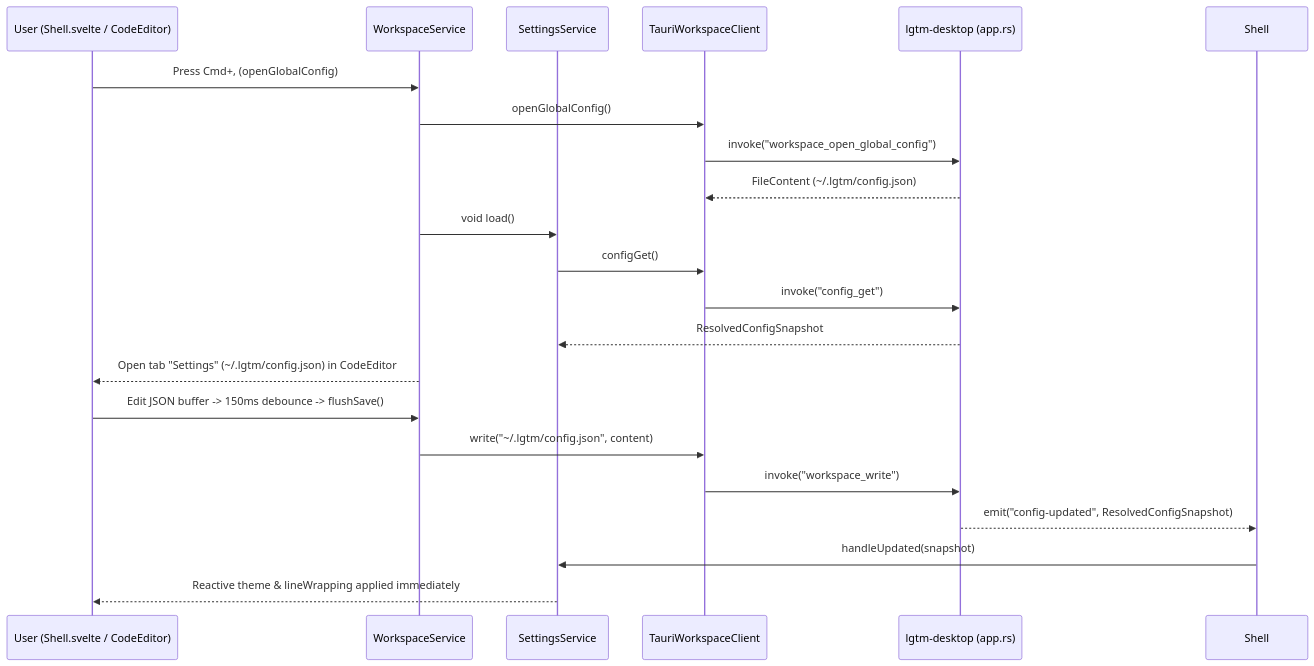
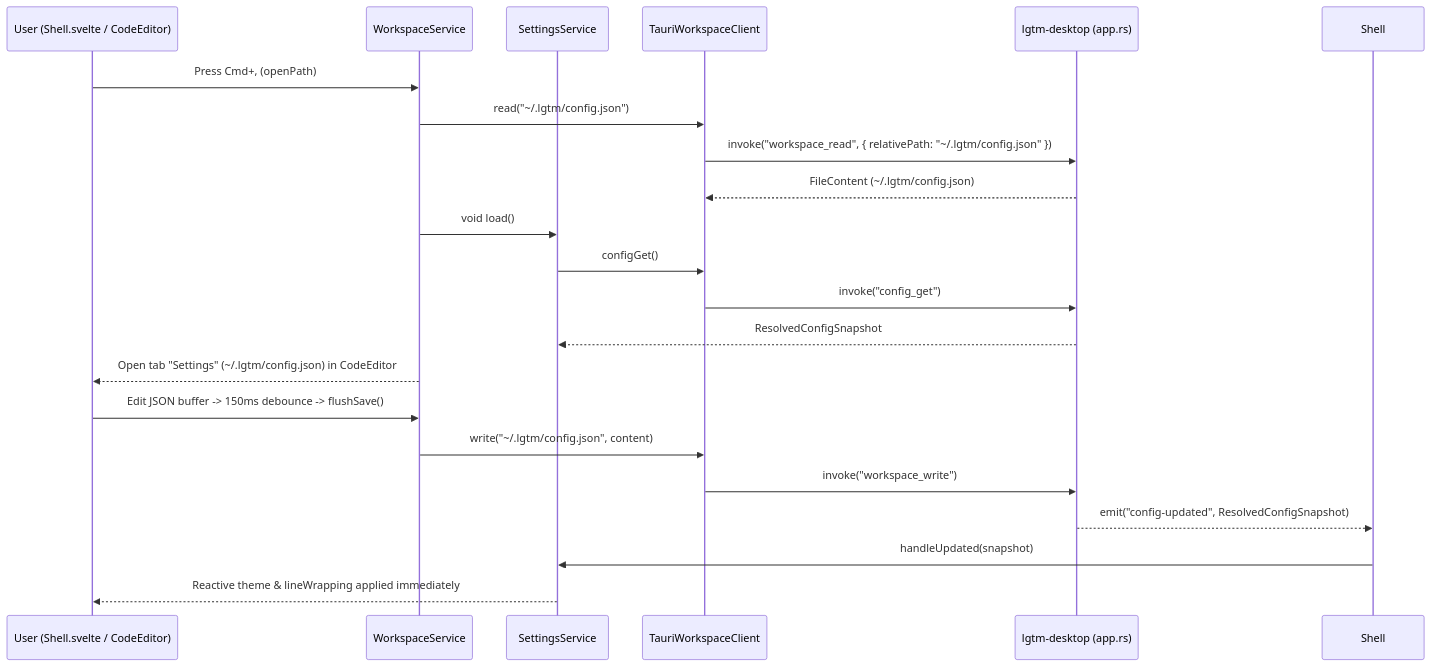
The second of 3 diagrams in docs/architecture/web/index.md (difflab-io/lgtm), drawn with Mermaid before and after one commit. The commit also changed other lines of this file and 10 other files, not shown here.

Commit message:
refactor(desktop): rename FileOpened event and call workspace_read directly

````diff
--- a/docs/architecture/web/index.md
+++ b/docs/architecture/web/index.md
@@ -84,25 +84,25 @@
 ```mermaid
 sequenceDiagram
     participant User as User (Shell.svelte / CodeEditor)
     participant WsSvc as WorkspaceService
     participant SetSvc as SettingsService
     participant Client as TauriWorkspaceClient
     participant Host as lgtm-desktop (app.rs)
 
-    User->>WsSvc: Press Cmd+, (openGlobalConfig)
-    WsSvc->>Client: openGlobalConfig()
-    Client->>Host: invoke("workspace_open_global_config")
+    User->>WsSvc: Press Cmd+, (openPath)
+    WsSvc->>Client: read("~/.lgtm/config.json")
+    Client->>Host: invoke("workspace_read", { relativePath: "~/.lgtm/config.json" })
     Host-->>Client: FileContent (~/.lgtm/config.json)
     WsSvc->>SetSvc: void load()
     SetSvc->>Client: configGet()
     Client->>Host: invoke("config_get")
     Host-->>SetSvc: ResolvedConfigSnapshot
     WsSvc-->>User: Open tab "Settings" (~/.lgtm/config.json) in CodeEditor
 
     User->>WsSvc: Edit JSON buffer -> 150ms debounce -> flushSave()
     WsSvc->>Client: write("~/.lgtm/config.json", content)
     Client->>Host: invoke("workspace_write")
     Host-->>Shell: emit("config-updated", ResolvedConfigSnapshot)
     Shell->>SetSvc: handleUpdated(snapshot)
     SetSvc-->>User: Reactive theme & lineWrapping applied immediately
 ```
````
